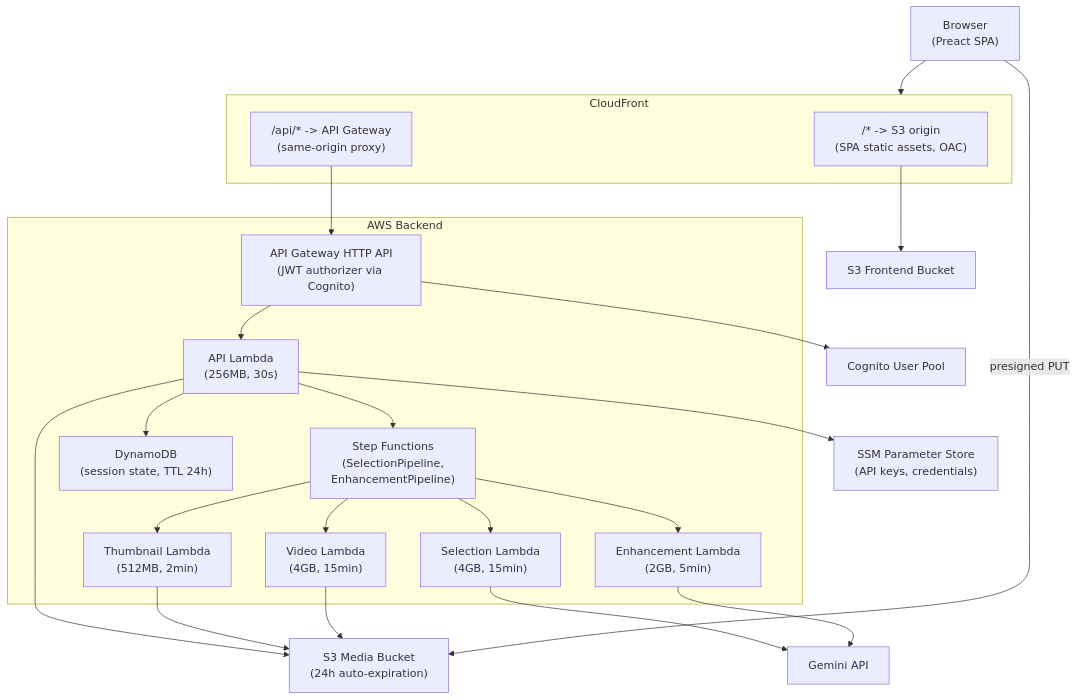
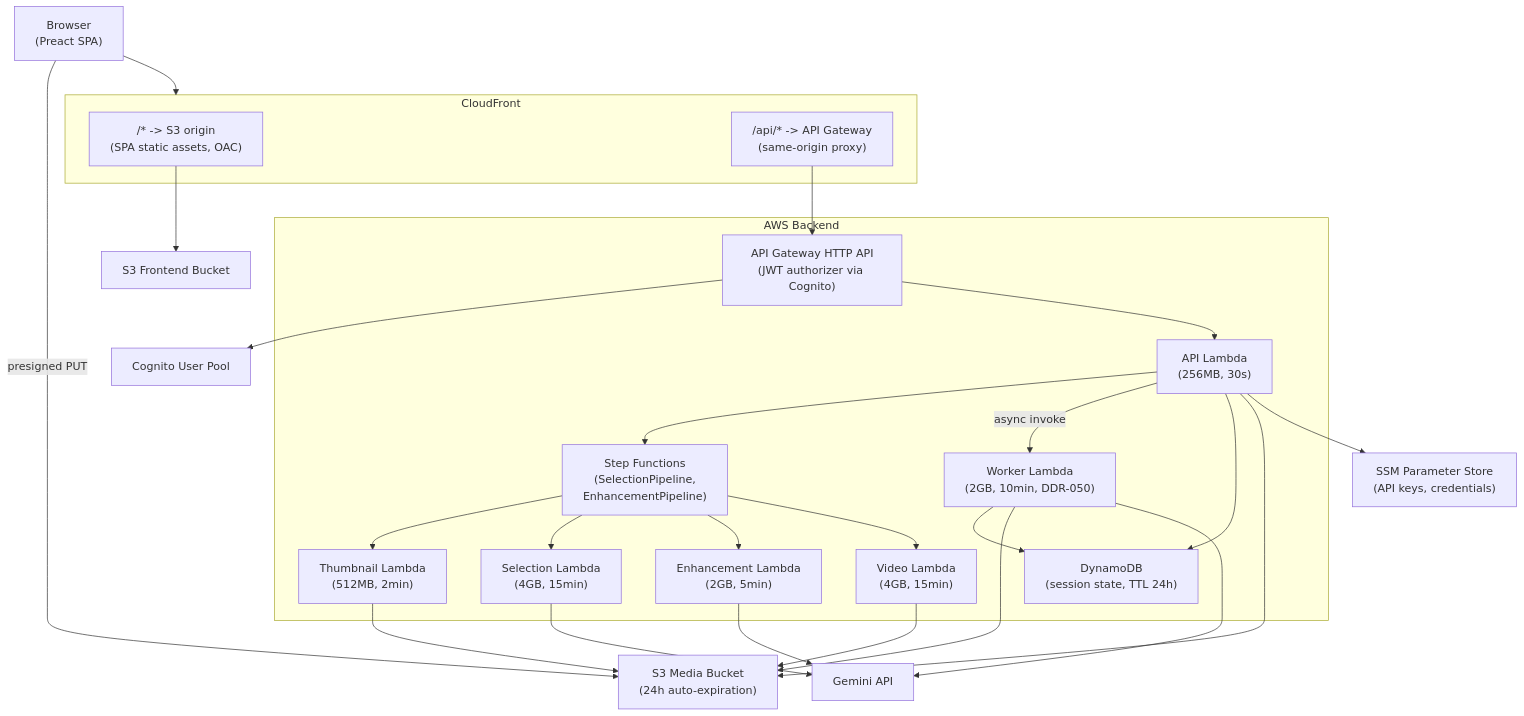
One commit to francis-pang/ai-social-media-helper changed the third of 4 diagrams in docs/architecture.md. Above: the diagram before and after it, drawn with Mermaid. The commit also changed other lines of this file and 25 other files, not shown here.

First line of the commit message:
feat: replace goroutines with async dispatch via Worker Lambda and DynamoDB (DDR-050)

````diff
--- a/docs/architecture.md
+++ b/docs/architecture.md
@@ -90,45 +95,50 @@
 ```mermaid
 graph TD
     Browser["Browser\n(Preact SPA)"]
 
     subgraph cloudfront [CloudFront]
         DefaultBehavior["/* -> S3 origin\n(SPA static assets, OAC)"]
         APIBehavior["/api/* -> API Gateway\n(same-origin proxy)"]
     end
 
     subgraph aws [AWS Backend]
         APIGW["API Gateway HTTP API\n(JWT authorizer via Cognito)"]
         APILambda["API Lambda\n(256MB, 30s)"]
+        WorkerLambda["Worker Lambda\n(2GB, 10min, DDR-050)"]
         ThumbLambda["Thumbnail Lambda\n(512MB, 2min)"]
         SelectionLambda["Selection Lambda\n(4GB, 15min)"]
         EnhancementLambda["Enhancement Lambda\n(2GB, 5min)"]
         VideoLambda["Video Lambda\n(4GB, 15min)"]
         StepFn["Step Functions\n(SelectionPipeline,\nEnhancementPipeline)"]
         DynamoDB["DynamoDB\n(session state, TTL 24h)"]
     end
 
     S3Media["S3 Media Bucket\n(24h auto-expiration)"]
     S3Frontend["S3 Frontend Bucket"]
     GeminiAPI["Gemini API"]
     SSM["SSM Parameter Store\n(API keys, credentials)"]
     Cognito["Cognito User Pool"]
 
     Browser --> cloudfront
     DefaultBehavior --> S3Frontend
     APIBehavior --> APIGW
     APIGW --> Cognito
     APIGW --> APILambda
     APILambda --> StepFn
+    APILambda -->|"async invoke"| WorkerLambda
     APILambda --> DynamoDB
     APILambda --> S3Media
+    WorkerLambda --> DynamoDB
+    WorkerLambda --> S3Media
+    WorkerLambda --> GeminiAPI
     StepFn --> ThumbLambda
     StepFn --> SelectionLambda
     StepFn --> EnhancementLambda
     StepFn --> VideoLambda
     ThumbLambda --> S3Media
     SelectionLambda --> GeminiAPI
     EnhancementLambda --> GeminiAPI
     VideoLambda --> S3Media
     APILambda --> SSM
     Browser -->|"presigned PUT"| S3Media
 ```
````
